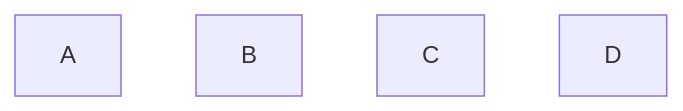
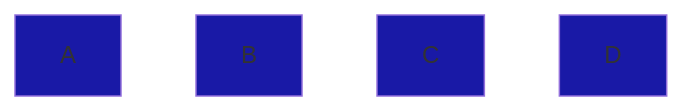
The diagram in README.md (linkeshvaranr/CSS-selectors-Explained), drawn with Mermaid before and after one commit. The commit also changed other lines of this file, not shown here.

Commit message:
univ selector

````diff
--- a/README.md
+++ b/README.md
@@ -4,8 +9,9 @@
 ```mermaid
-    graph TD;
-        A
-        B 
-        C
-        D
+    graph TD
+        A:::select
+        B:::select
+        C:::select
+        D:::select
+        classDef select fill:#1919a6
 
 ```
````
